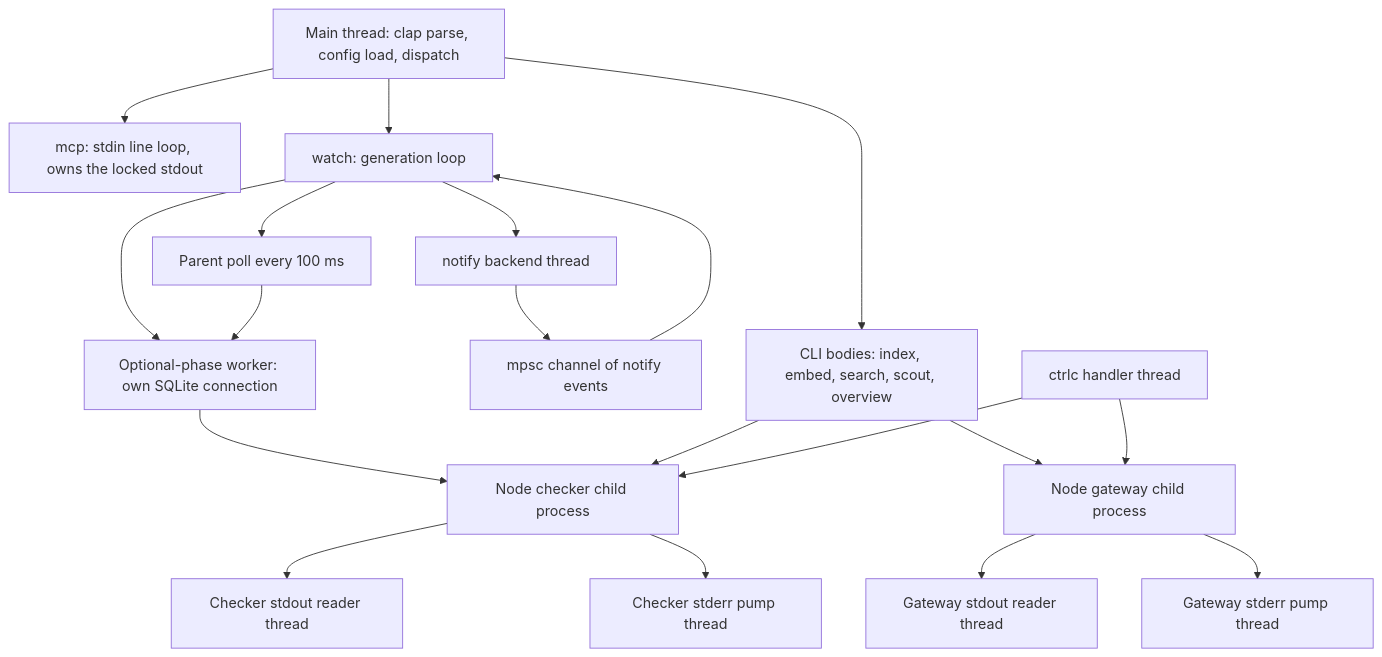
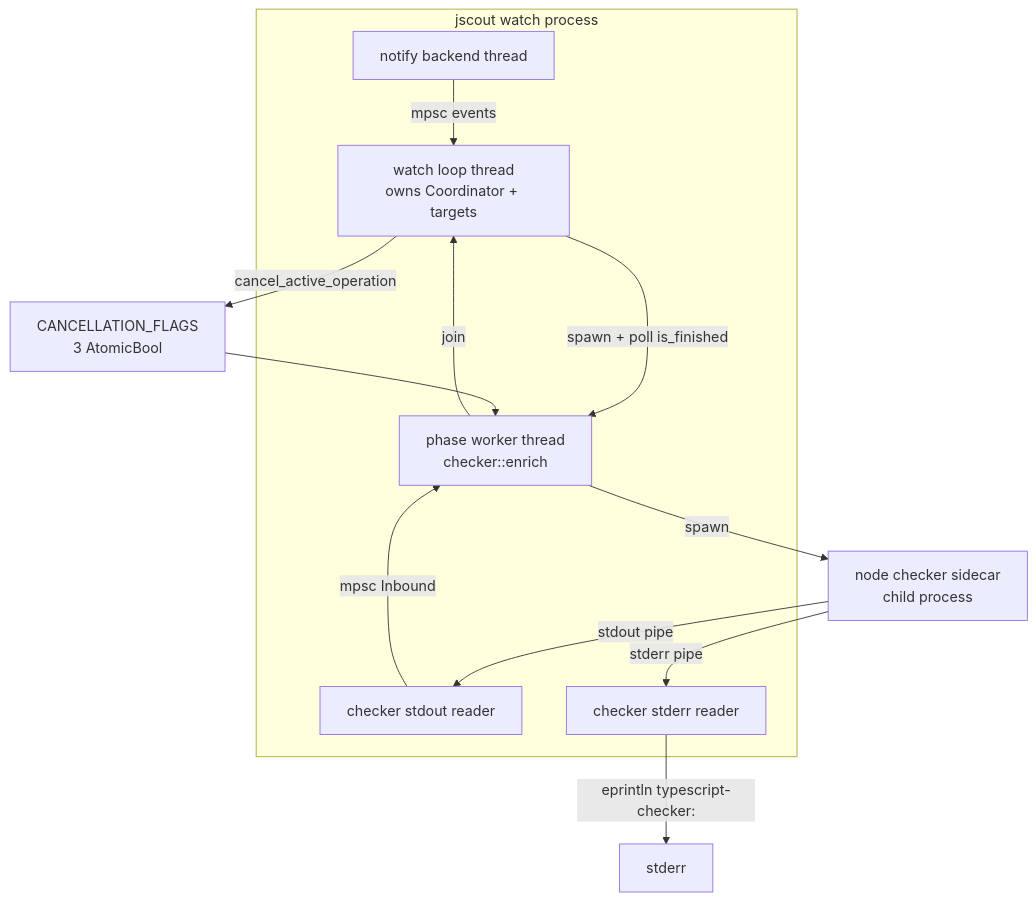
One commit to iantocristian/jscout changed the first of 2 diagrams in docs/codebase-analysis/16-cross-cutting.md. Above: the diagram before and after it, drawn with Mermaid. The commit also changed other lines of this file and 33 other files, not shown here.

````diff
--- a/docs/codebase-analysis/16-cross-cutting.md
+++ b/docs/codebase-analysis/16-cross-cutting.md
@@ -13,37 +48,21 @@
 ```mermaid
 flowchart TD
-  MAIN["Main thread: clap parse, config load, dispatch"]
-  CLIRUN["CLI bodies: index, embed, search, scout, overview"]
-  MCPLOOP["mcp: stdin line loop, owns the locked stdout"]
-  WATCHLOOP["watch: generation loop"]
-  NOTIFY["notify backend thread"]
-  CHAN["mpsc channel of notify events"]
-  WORKER["Optional-phase worker: own SQLite connection"]
-  POLL["Parent poll every 100 ms"]
-  CKPROC["Node checker child process"]
-  GWPROC["Node gateway child process"]
-  CKOUT["Checker stdout reader thread"]
-  CKERR["Checker stderr pump thread"]
-  GWOUT["Gateway stdout reader thread"]
-  GWERR["Gateway stderr pump thread"]
-  SIG["ctrlc handler thread"]
-
-  MAIN --> CLIRUN
-  MAIN --> MCPLOOP
-  MAIN --> WATCHLOOP
-  WATCHLOOP --> NOTIFY
-  NOTIFY --> CHAN
-  CHAN --> WATCHLOOP
-  WATCHLOOP --> WORKER
-  WATCHLOOP --> POLL
-  POLL --> WORKER
-  WORKER --> CKPROC
-  CLIRUN --> CKPROC
-  CLIRUN --> GWPROC
-  CKPROC --> CKOUT
-  CKPROC --> CKERR
-  GWPROC --> GWOUT
-  GWPROC --> GWERR
-  SIG --> CKPROC
-  SIG --> GWPROC
+  subgraph WatchProc["jscout watch process"]
+    NOTIFY["notify backend thread"]
+    MAIN["watch loop thread<br/>owns Coordinator + targets"]
+    WORKER["phase worker thread<br/>checker::enrich"]
+    RDOUT["checker stdout reader"]
+    RDERR["checker stderr reader"]
+  end
+  CHILD["node checker sidecar<br/>child process"]
+  NOTIFY -->|"mpsc events"| MAIN
+  MAIN -->|"spawn + poll is_finished"| WORKER
+  MAIN -->|"cancel_active_operation"| FLAGS["CANCELLATION_FLAGS<br/>3 AtomicBool"]
+  FLAGS --> WORKER
+  WORKER -->|"spawn"| CHILD
+  CHILD -->|"stdout pipe"| RDOUT
+  CHILD -->|"stderr pipe"| RDERR
+  RDOUT -->|"mpsc Inbound"| WORKER
+  RDERR -->|"eprintln typescript-checker:"| STDERR["stderr"]
+  WORKER -->|"join"| MAIN
 ```
````
